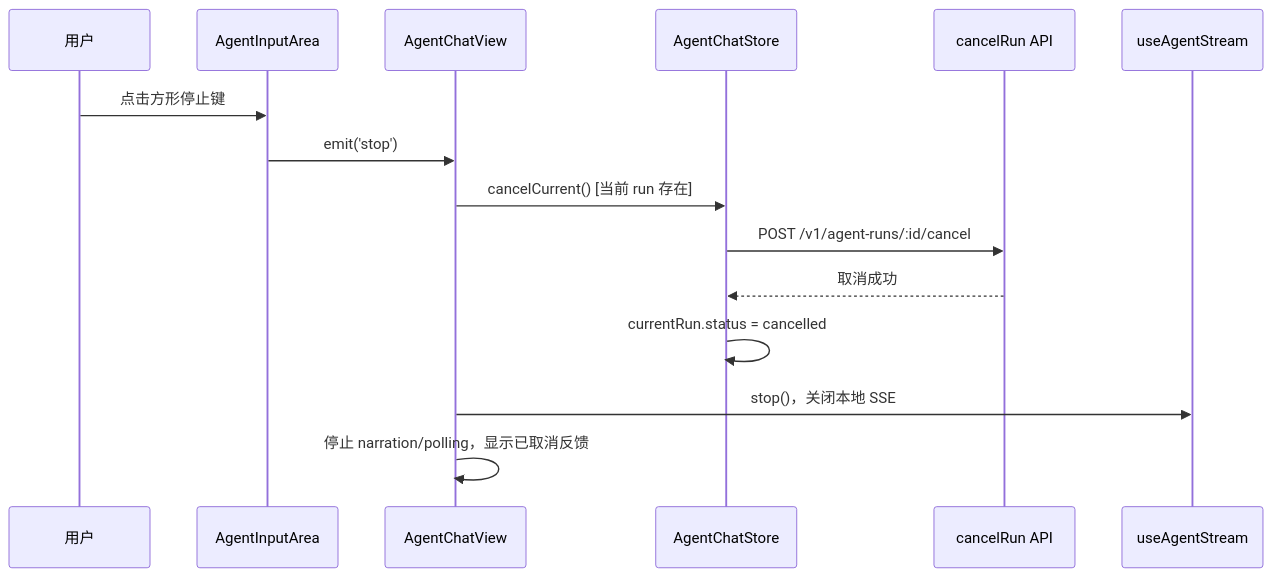
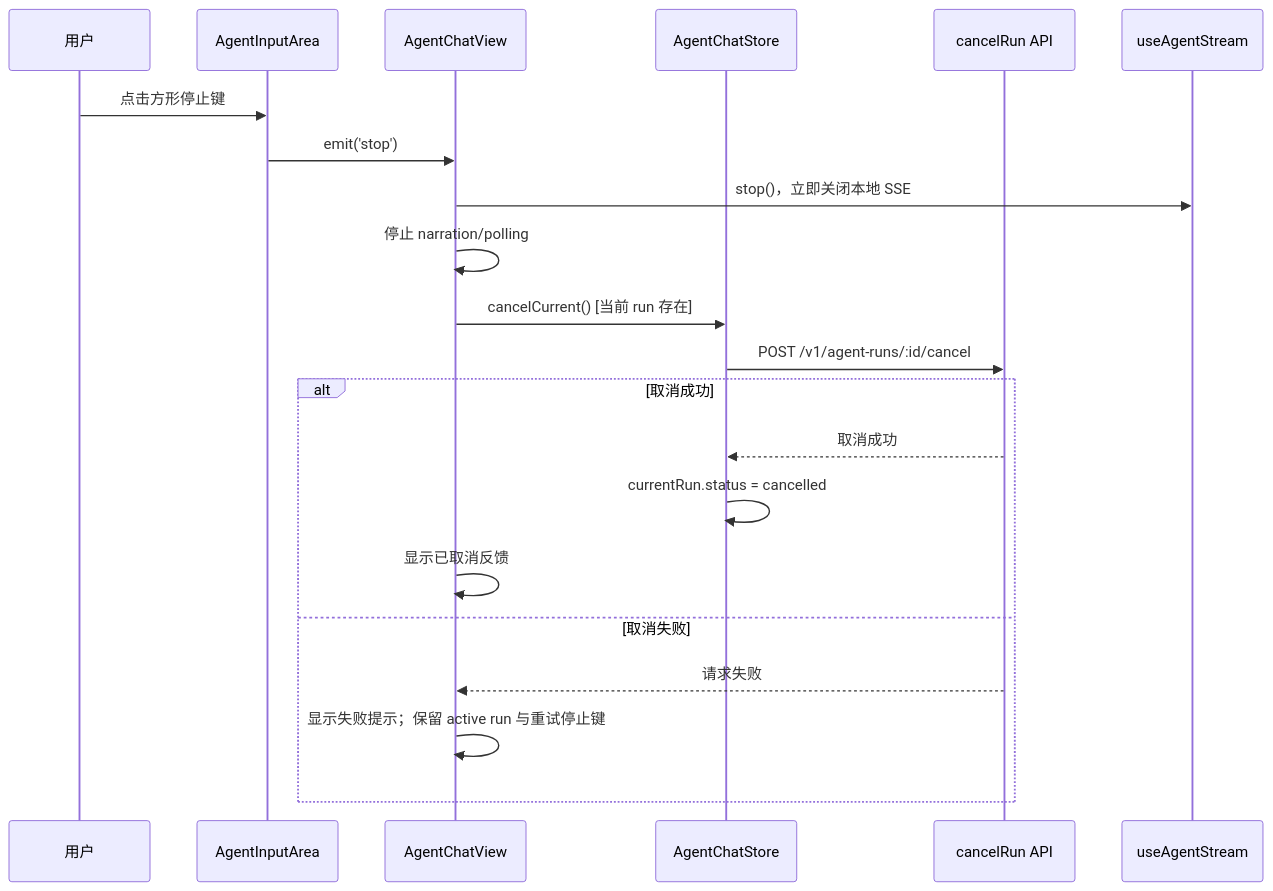
Before and after one commit to Into-the-Numind/numind-server: the diagram in docs/superpowers/specs/2026-07-19-agent-runtime-ui-simplify-design.md, drawn with Mermaid. The commit also changed other lines of this file and 1 other file, not shown here.

Commit message:
docs(ndf): clarify immediate local agent stop

````diff
--- a/docs/superpowers/specs/2026-07-19-agent-runtime-ui-simplify-design.md
+++ b/docs/superpowers/specs/2026-07-19-agent-runtime-ui-simplify-design.md
@@ -31,18 +31,24 @@
 ```mermaid
 sequenceDiagram
   participant U as 用户
   participant I as AgentInputArea
   participant V as AgentChatView
   participant S as AgentChatStore
   participant API as cancelRun API
   participant SSE as useAgentStream
 
   U->>I: 点击方形停止键
   I->>V: emit('stop')
+  V->>SSE: stop()，立即关闭本地 SSE
+  V->>V: 停止 narration/polling
   V->>S: cancelCurrent() [当前 run 存在]
   S->>API: POST /v1/agent-runs/:id/cancel
-  API-->>S: 取消成功
-  S->>S: currentRun.status = cancelled
-  V->>SSE: stop()，关闭本地 SSE
-  V->>V: 停止 narration/polling，显示已取消反馈
+  alt 取消成功
+    API-->>S: 取消成功
+    S->>S: currentRun.status = cancelled
+    V->>V: 显示已取消反馈
+  else 取消失败
+    API-->>V: 请求失败
+    V->>V: 显示失败提示；保留 active run 与重试停止键
+  end
 ```
````
